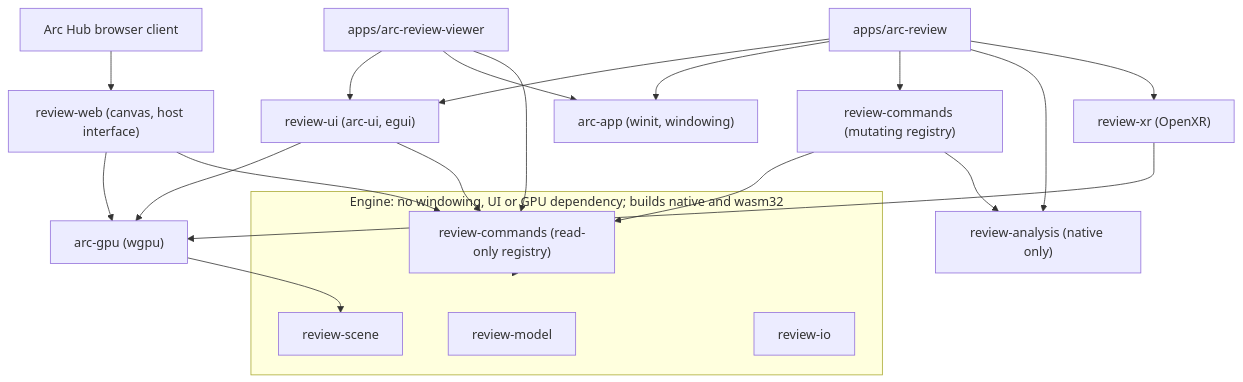
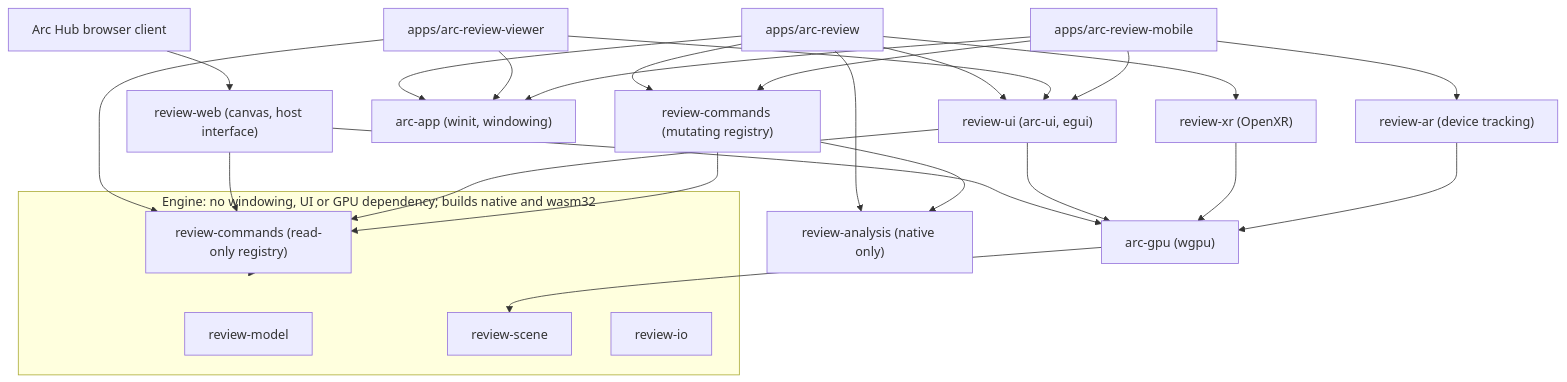
The diagram in docs/architecture/delivery-targets.md (ACKaraca/arc-review), drawn with Mermaid before and after one commit. The commit also changed other lines of this file and 22 other files, not shown here.

````diff
--- a/docs/architecture/delivery-targets.md
+++ b/docs/architecture/delivery-targets.md
@@ -55,26 +68,29 @@
 ```mermaid
 flowchart TB
   subgraph engine["Engine: no windowing, UI or GPU dependency; builds native and wasm32"]
     model["review-model"]
     scene["review-scene"]
     io["review-io"]
     cmdsro["review-commands (read-only registry)"]
   end
   analysis["review-analysis (native only)"]
   cmdsrw["review-commands (mutating registry)"]
   gpu["arc-gpu (wgpu)"]
   rui["review-ui (arc-ui, egui)"]
   app["arc-app (winit, windowing)"]
   web["review-web (canvas, host interface)"]
   xr["review-xr (OpenXR)"]
+  ar["review-ar (device tracking)"]
 
   desktop["apps/arc-review"] --> rui & app & cmdsrw & analysis & xr
   viewer["apps/arc-review-viewer"] --> rui & app & cmdsro
   hub["Arc Hub browser client"] --> web
   web --> gpu & cmdsro
   rui --> gpu & cmdsro
   xr --> gpu
+  mobile["apps/arc-review-mobile"] --> rui & app & cmdsrw & ar
+  ar --> gpu
   cmdsrw --> cmdsro & analysis
   cmdsro --> engine
   gpu --> scene
 ```
````
